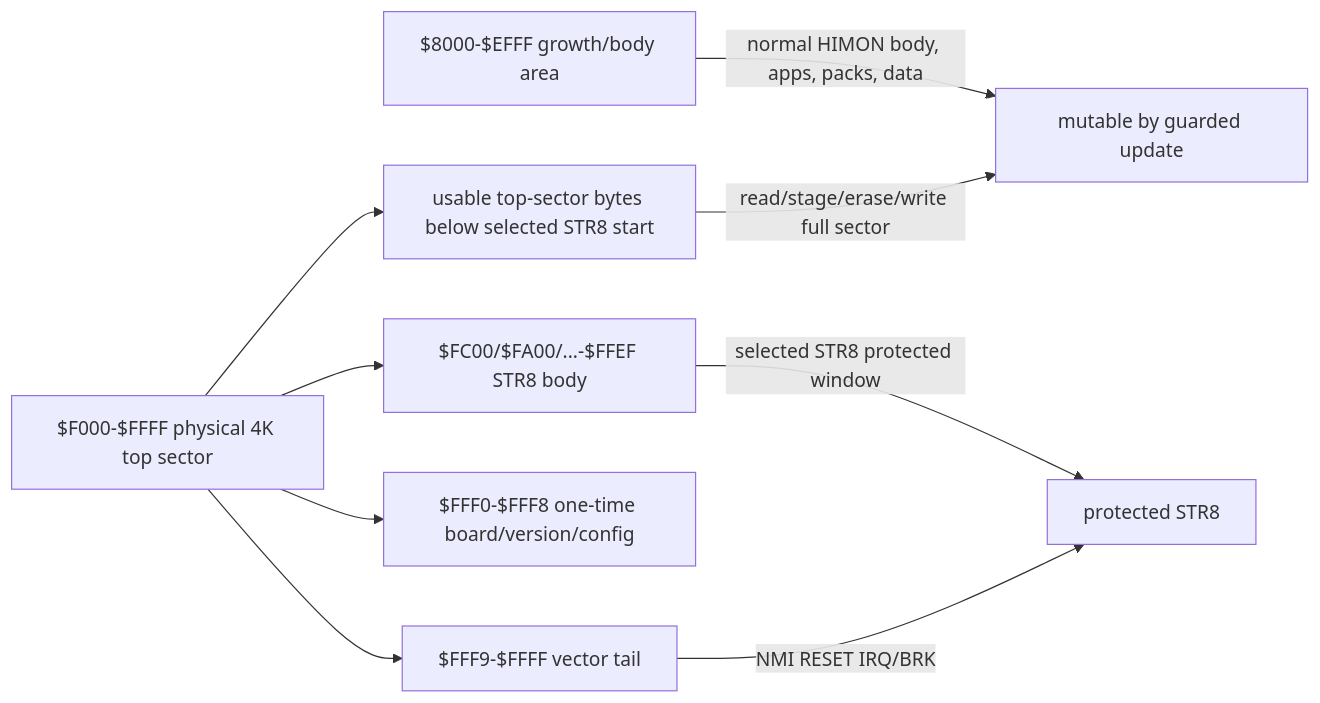
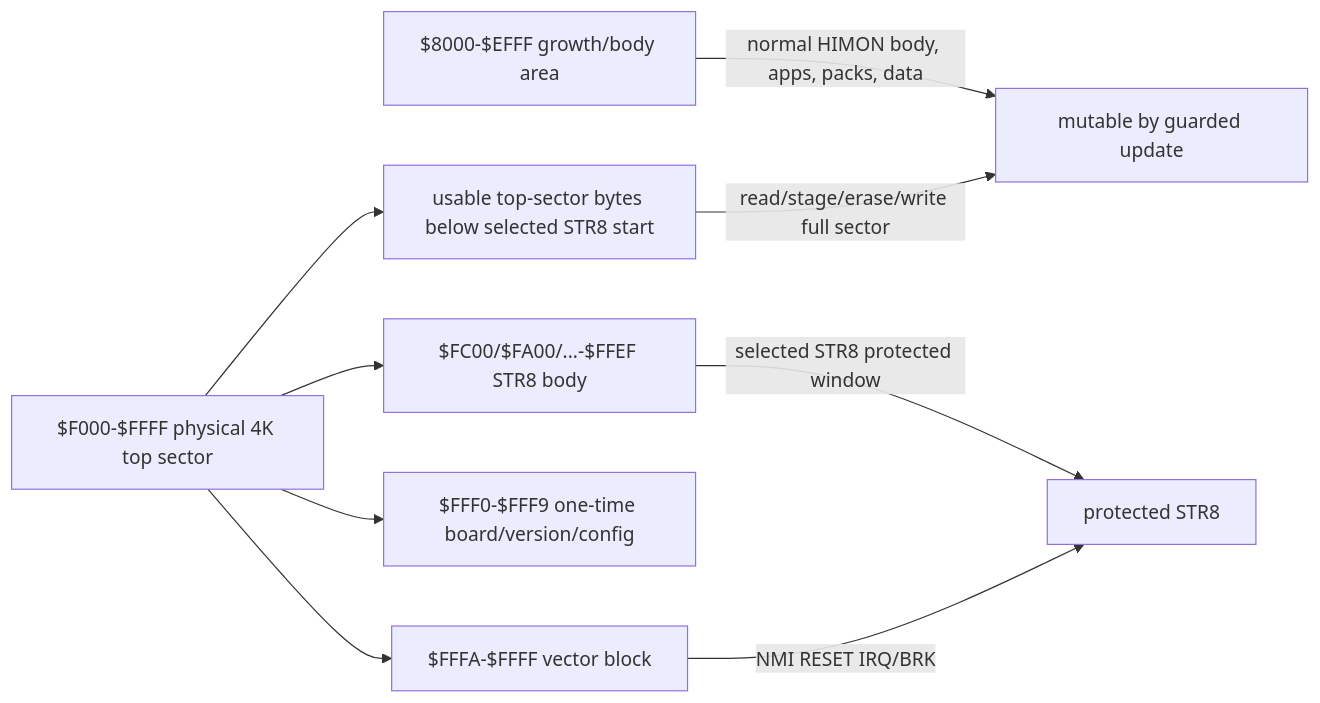
The second of 2 diagrams in DOC/GUIDES/STR8.md (95westus/R-YORS), drawn with Mermaid before and after one commit. The commit also changed other lines of this file and 74 other files, not shown here.

````diff
--- a/DOC/GUIDES/STR8.md
+++ b/DOC/GUIDES/STR8.md
@@ -418,18 +422,18 @@
 ```mermaid
 flowchart LR
     GROWTH[$8000-$EFFF growth/body area]
     TOP[$F000-$FFFF physical 4K top sector]
     FREE[usable top-sector bytes below selected STR8 start]
     STR8CODE[$FC00/$FA00/...-$FFEF STR8 body]
-    FLASH9[$FFF0-$FFF8 one-time board/version/config]
-    VECTORS[$FFF9-$FFFF vector tail]
+    FLASH10[$FFF0-$FFF9 one-time board/version/config]
+    VECTORS[$FFFA-$FFFF vector block]
 
     GROWTH -->|normal HIMON body, apps, packs, data| HIMONBODY[mutable by guarded update]
     TOP --> FREE
     TOP --> STR8CODE
-    TOP --> FLASH9
+    TOP --> FLASH10
     TOP --> VECTORS
     FREE -->|read/stage/erase/write full sector| HIMONBODY
     STR8CODE -->|selected STR8 protected window| ANCHOR[protected STR8]
     VECTORS -->|NMI RESET IRQ/BRK| ANCHOR
 ```
````
